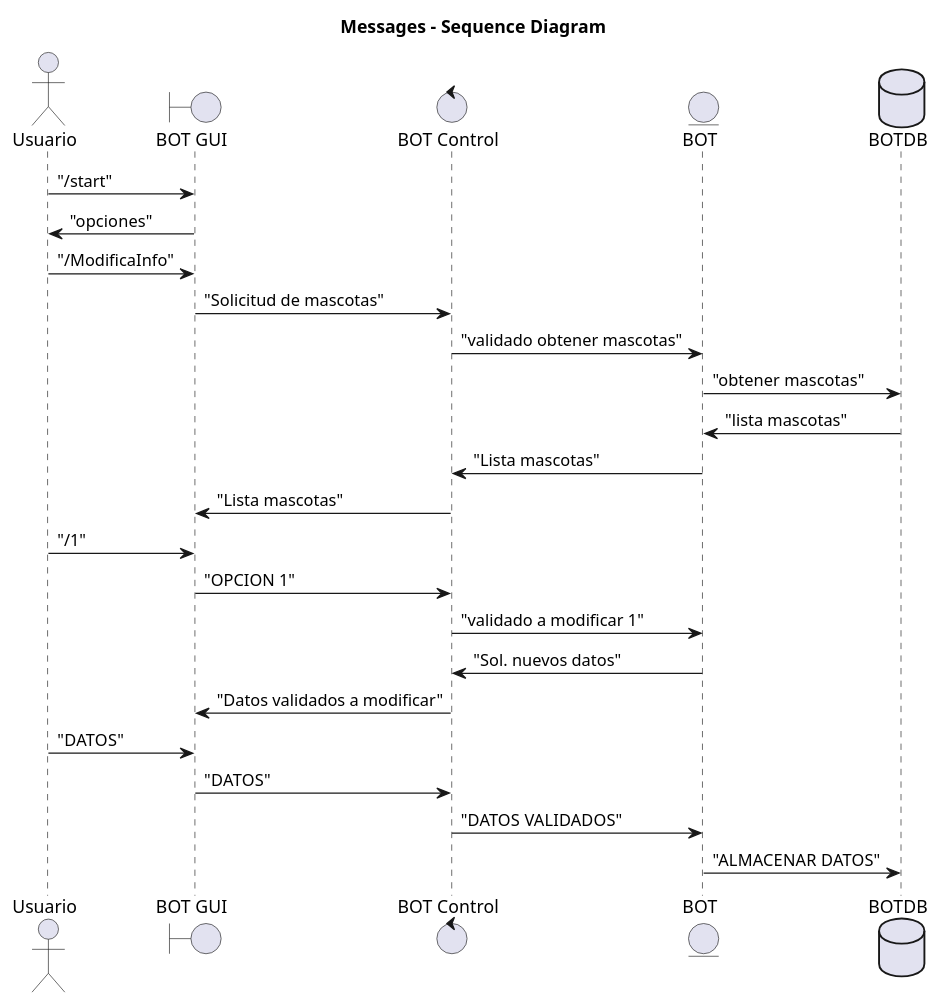
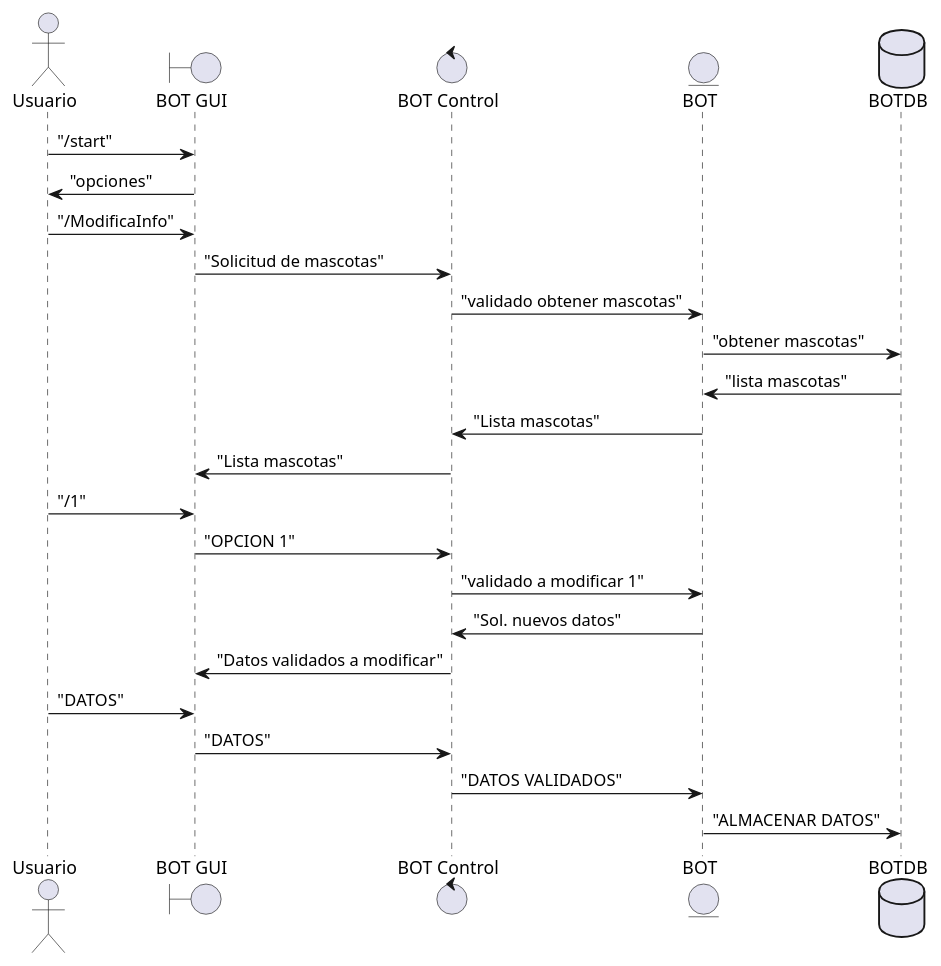
One commit to ReneVicente23/Proyecto-software changed the third of 3 diagrams in src/docs/asciidoc/index.adoc. Above: the diagram before and after it, drawn with PlantUML. The commit also changed other lines of this file, not shown here.

Commit message:
añadiendo diagrama de secuencia #100

```diff
--- a/src/docs/asciidoc/index.adoc
+++ b/src/docs/asciidoc/index.adoc
@@ -388,32 +421,30 @@
 [plantuml, format="png", id="secuencia_mod"]
 ....
 @startuml
-
-title "Messages - Sequence Diagram"
 
 actor Usuario
 boundary "BOT GUI" as GUI
 control "BOT Control" as SC
 entity BOT
 database BOTDB
 
 Usuario -> GUI : "/start"
 GUI -> Usuario : "opciones"
 Usuario -> GUI : "/ModificaInfo"
 GUI -> SC : "Solicitud de mascotas"
 SC -> BOT : "validado obtener mascotas" 
 BOT -> BOTDB : "obtener mascotas"
 BOTDB -> BOT: "lista mascotas"
 BOT -> SC: "Lista mascotas"
 SC -> GUI: "Lista mascotas"
 Usuario -> GUI: "/1"
 GUI -> SC: "OPCION 1"
 SC -> BOT: "validado a modificar 1"
 BOT -> SC: "Sol. nuevos datos"
 SC -> GUI: "Datos validados a modificar"
 Usuario -> GUI: "DATOS"
 GUI ->SC : "DATOS"
 SC -> BOT: "DATOS VALIDADOS"
 BOT -> BOTDB: "ALMACENAR DATOS"
 @enduml
 ....
```
